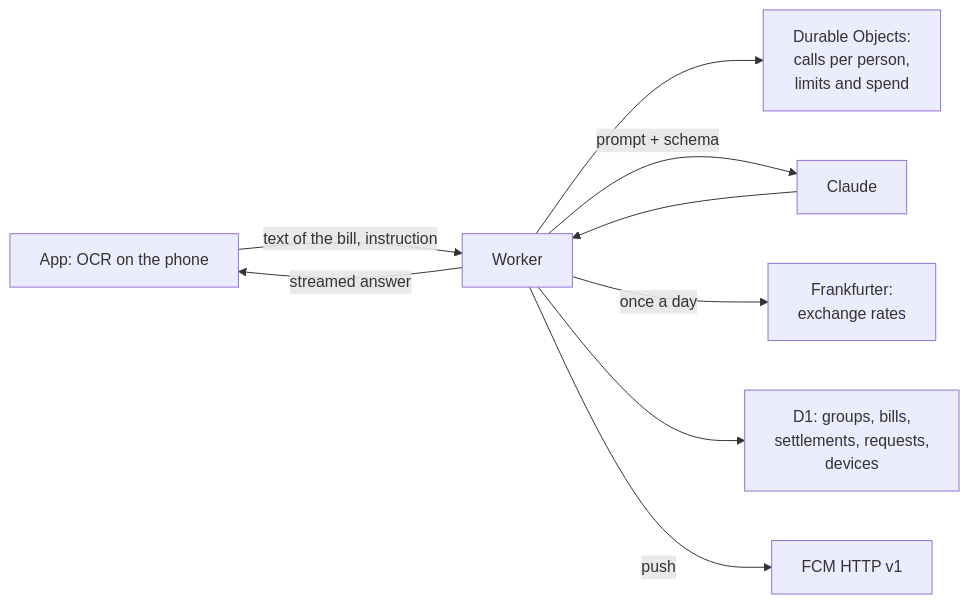
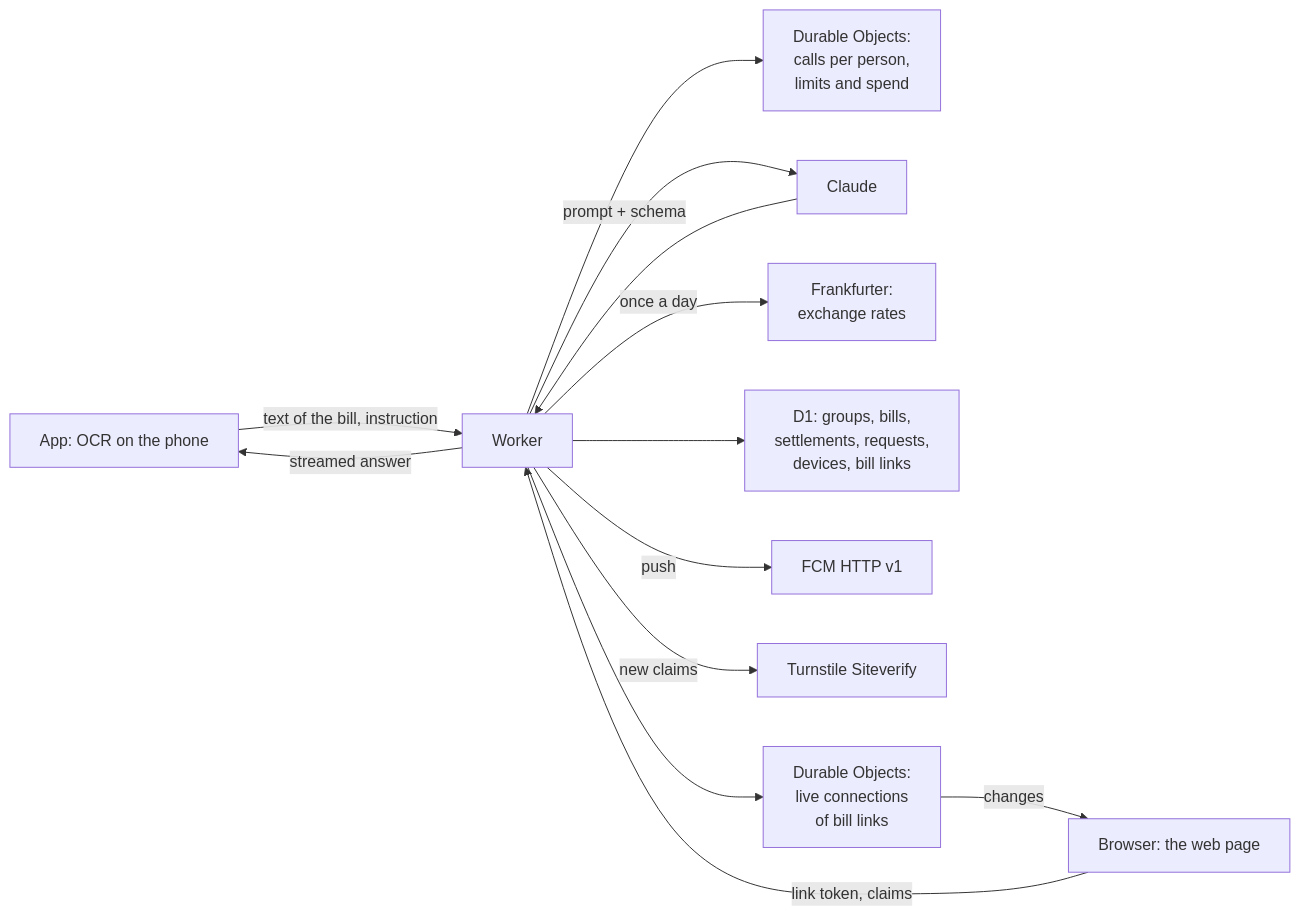
Before and after one commit to dantech0xff/split-bill-poc: the diagram in docs/proxy.md, drawn with Mermaid. The commit also changed other lines of this file, not shown here.

First line of the commit message:
docs(proxy): describe bill links and the web pages as they are built

````diff
--- a/docs/proxy.md
+++ b/docs/proxy.md
@@ -10,11 +11,15 @@
 ```mermaid
 flowchart LR
     app[App: OCR on the phone] -->|text of the bill, instruction| worker[Worker]
     worker --> limits[Durable Objects:<br/>calls per person,<br/>limits and spend]
     worker -->|prompt + schema| claude[Claude]
     claude --> worker
     worker -->|streamed answer| app
     worker -->|once a day| rates[Frankfurter:<br/>exchange rates]
-    worker --> d1[D1: groups, bills,<br/>settlements, requests,<br/>devices]
+    worker --> d1[D1: groups, bills,<br/>settlements, requests,<br/>devices, bill links]
     worker -->|push| fcm[FCM HTTP v1]
+    browser[Browser: the web page] -->|link token, claims| worker
+    worker -->|new claims| turnstile[Turnstile Siteverify]
+    worker --> rooms[Durable Objects:<br/>live connections<br/>of bill links]
+    rooms -->|changes| browser
 ```
````
